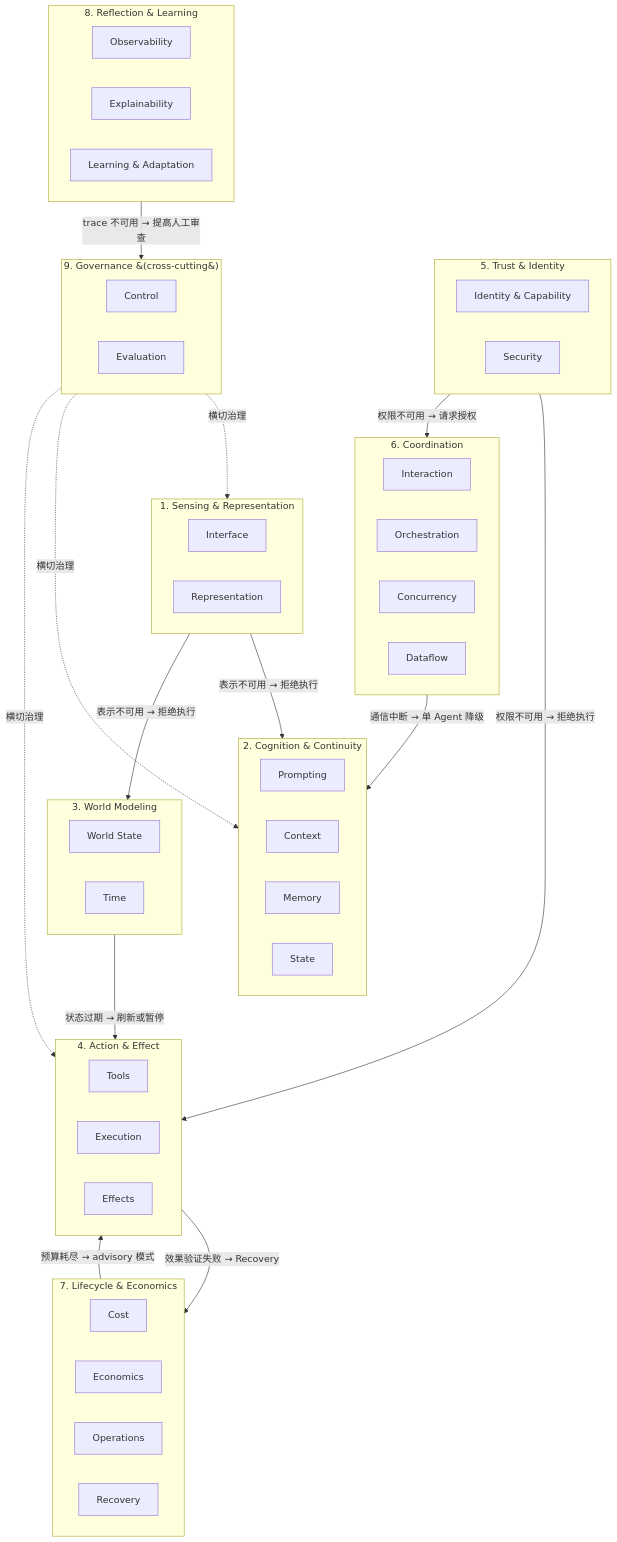
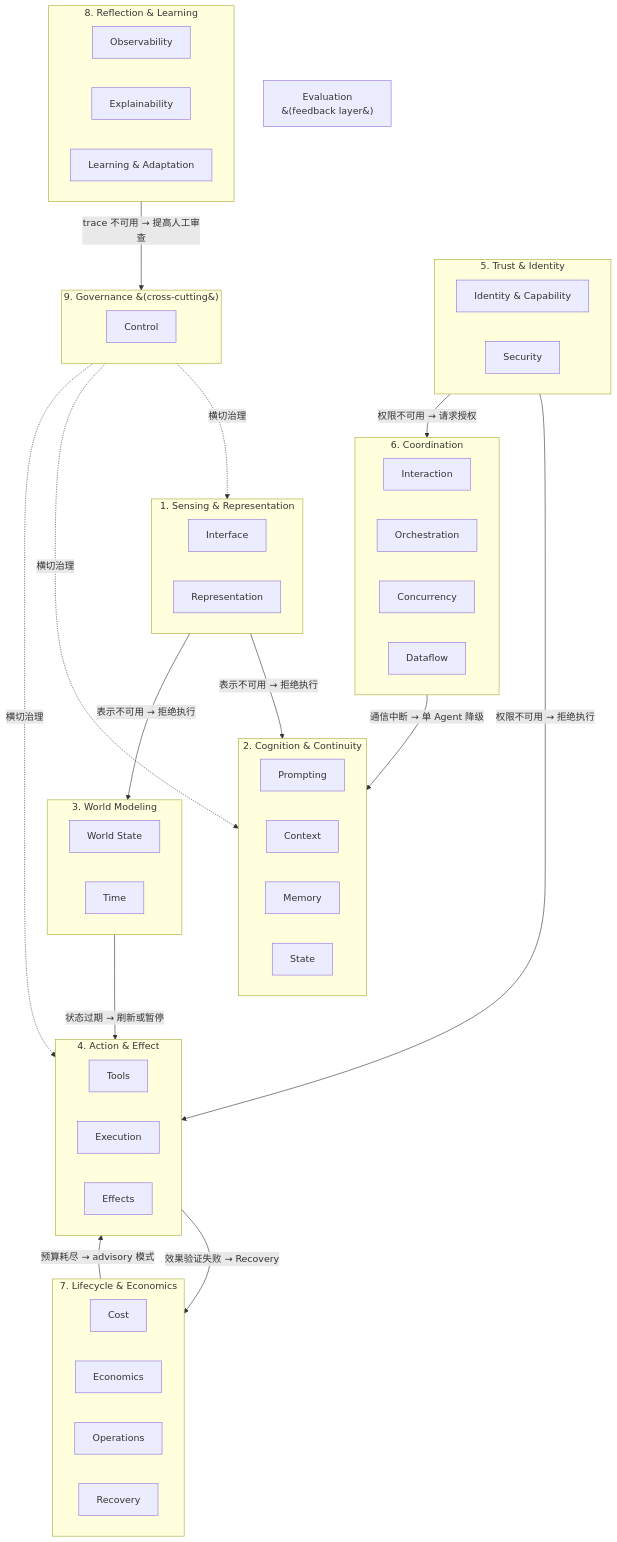
One commit to jyqj/ai-agent-skill changed the seventh of 8 diagrams in ARCHITECTURE.md. Above: the diagram before and after it, drawn with Mermaid. The commit also changed other lines of this file and 354 other files, not shown here.

First line of the commit message:
refactor: 全库去AI味改写 + 一致性修复 + Mermaid 补图

````diff
--- a/ARCHITECTURE.md
+++ b/ARCHITECTURE.md
@@ -333,60 +342,60 @@
 ```mermaid
 graph TB
   subgraph G1["1. Sensing & Representation"]
     P_Interface["Interface"]
     P_Repr["Representation"]
   end
   subgraph G2["2. Cognition & Continuity"]
     P_Prompt["Prompting"]
     P_Ctx["Context"]
     P_Mem["Memory"]
     P_State["State"]
   end
   subgraph G3["3. World Modeling"]
     P_WS["World State"]
     P_Time["Time"]
   end
   subgraph G4["4. Action & Effect"]
     P_Tools["Tools"]
     P_Exec["Execution"]
     P_Eff["Effects"]
   end
   subgraph G5["5. Trust & Identity"]
     P_IdCap["Identity & Capability"]
     P_Sec["Security"]
   end
   subgraph G6["6. Coordination"]
     P_Inter["Interaction"]
     P_Orch["Orchestration"]
     P_Conc["Concurrency"]
     P_DF["Dataflow"]
   end
   subgraph G7["7. Lifecycle & Economics"]
     P_Cost["Cost"]
     P_Econ["Economics"]
     P_Ops["Operations"]
     P_Rec["Recovery"]
   end
   subgraph G8["8. Reflection & Learning"]
     P_Obs["Observability"]
     P_Expl["Explainability"]
     P_Learn["Learning & Adaptation"]
   end
   subgraph G9["9. Governance &#40;cross-cutting&#41;"]
     P_Ctrl["Control"]
-    P_Eval["Evaluation"]
   end
+  P_Eval["Evaluation<br/>&#40;feedback layer&#41;"]
 
   G1 -->|"表示不可用 → 拒绝执行"| G2
   G1 -->|"表示不可用 → 拒绝执行"| G3
   G3 -->|"状态过期 → 刷新或暂停"| G4
   G4 -->|"效果验证失败 → Recovery"| G7
   G5 -->|"权限不可用 → 拒绝执行"| G4
   G5 -->|"权限不可用 → 请求授权"| G6
   G6 -->|"通信中断 → 单 Agent 降级"| G2
   G7 -->|"预算耗尽 → advisory 模式"| G4
   G8 -->|"trace 不可用 → 提高人工审查"| G9
   G9 -.->|"横切治理"| G1
   G9 -.->|"横切治理"| G2
   G9 -.->|"横切治理"| G4
 ```
````
